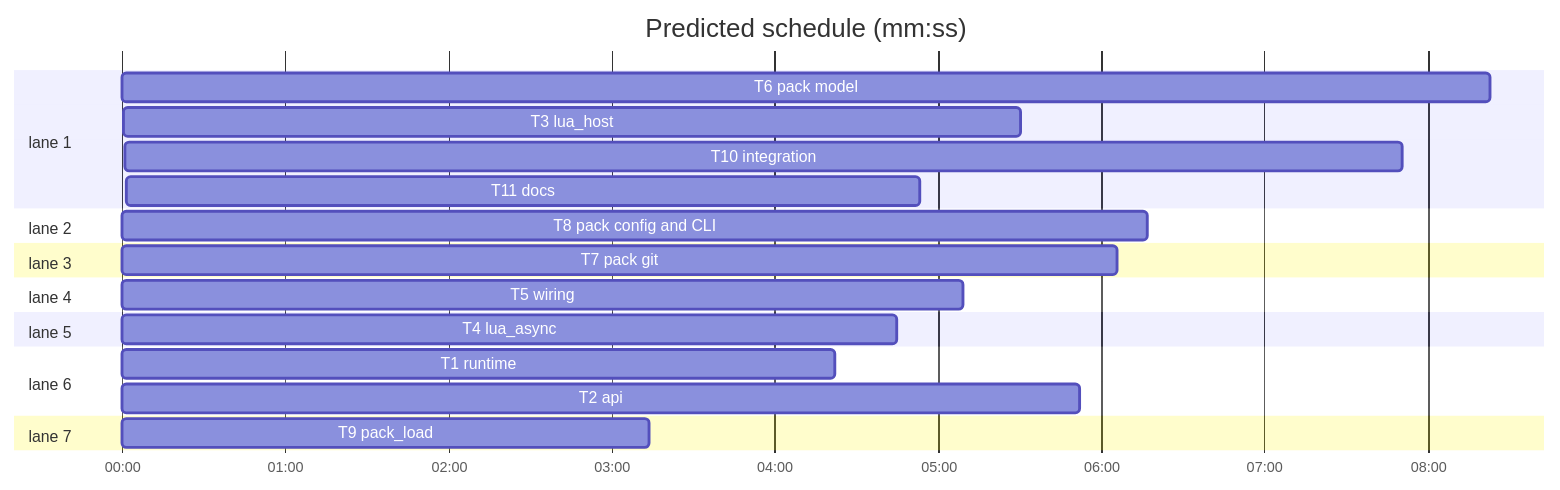
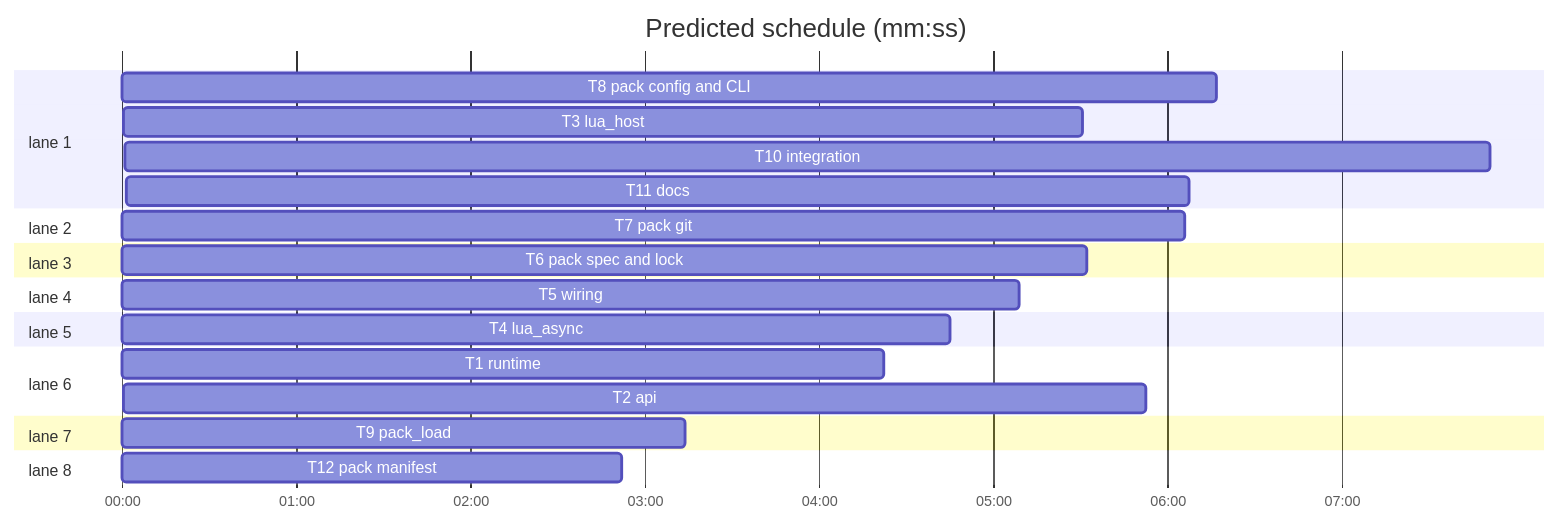
One commit to morrieinmaas/grofe changed the third of 3 diagrams in docs/plans/2026-11-14-lua-plugins.md. Above: the diagram before and after it, drawn with Mermaid. The commit also changed other lines of this file and 2 other files, not shown here.

Commit message:
docs(spec): Luau scripting and grofe pack, reversing the 2026-09-29 Lua drop

````diff
--- a/docs/plans/2026-11-14-lua-plugins.md
+++ b/docs/plans/2026-11-14-lua-plugins.md
@@ -86,25 +65,27 @@
 ```mermaid
 %% schedule
 gantt
   title Predicted schedule (mm:ss)
   dateFormat X
   axisFormat %M:%S
   section lane 1
-  T6 pack model :t6, 0, 503s
+  T8 pack config and CLI :t8, 0, 377s
   T3 lua_host :t3, 614, 330s
   T10 integration :t10, 944, 470s
-  T11 docs :t11, 1414, 292s
+  T11 docs :t11, 1414, 366s
   section lane 2
-  T8 pack config and CLI :t8, 0, 377s
+  T7 pack git :t7, 0, 366s
   section lane 3
-  T7 pack git :t7, 0, 366s
+  T6 pack spec and lock :t6, 0, 332s
   section lane 4
   T5 wiring :t5, 0, 309s
   section lane 5
   T4 lua_async :t4, 0, 285s
   section lane 6
   T1 runtime :t1, 0, 262s
   T2 api :t2, 262, 352s
   section lane 7
   T9 pack_load :t9, 0, 194s
+  section lane 8
+  T12 pack manifest :t12, 0, 172s
 ```
````
